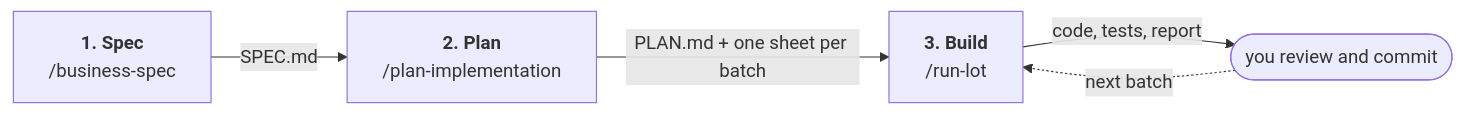
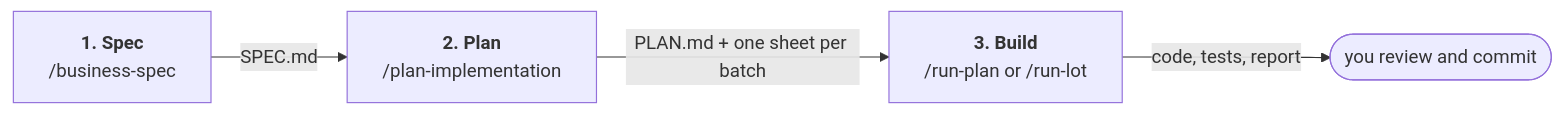
One commit to pierrebelin/claude-code-toolkit changed the first of 2 diagrams in README.md. Above: the diagram before and after it, drawn with Mermaid. The commit also changed other lines of this file and 24 other files, not shown here.

Commit message:
feat: add run-plan workflow, plan-next-batch script and plan view in run

````diff
--- a/README.md
+++ b/README.md
@@ -24,7 +24,6 @@
 ```mermaid
 flowchart LR
     S["<b>1. Spec</b><br/>/business-spec"] -->|SPEC.md| P["<b>2. Plan</b><br/>/plan-implementation"]
-    P -->|"PLAN.md + one sheet per batch"| R["<b>3. Build</b><br/>/run-lot"]
+    P -->|"PLAN.md + one sheet per batch"| R["<b>3. Build</b><br/>/run-plan or /run-lot"]
     R -->|"code, tests, report"| C(["you review and commit"])
-    C -.->|next batch| R
 ```
````
